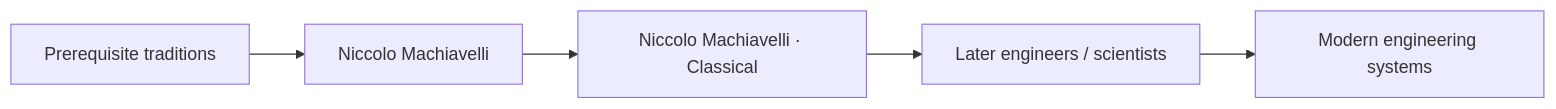
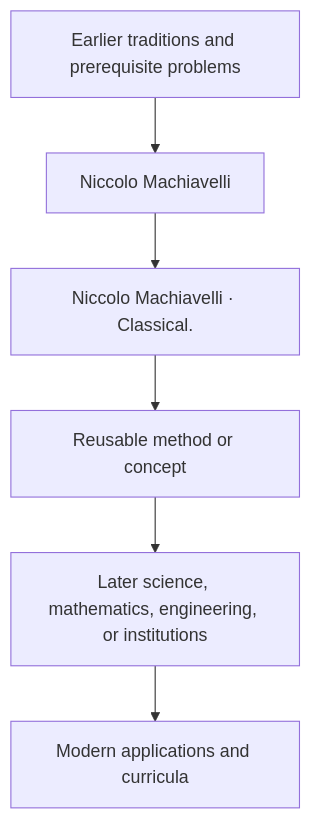
The diagram in docs/history/niccolo-machiavelli/influence.md (via-decide/ViaLogic), drawn with Mermaid before and after one commit. The commit also changed other lines of this file and 858 other files, not shown here.

````diff
--- a/docs/history/niccolo-machiavelli/influence.md
+++ b/docs/history/niccolo-machiavelli/influence.md
@@ -29,7 +16,8 @@
 ```mermaid
-graph LR
-  prerequisites["Prerequisite traditions"] --> current["Niccolo Machiavelli"]
-  current --> contribution["Niccolo Machiavelli · Classical"]
-  contribution --> successors["Later engineers / scientists"]
-  successors --> modern["Modern engineering systems"]
+graph TD
+  Prior[Earlier traditions and prerequisite problems] --> Person[Niccolo Machiavelli]
+  Person --> Contribution[Niccolo Machiavelli · Classical.]
+  Contribution --> Method[Reusable method or concept]
+  Method --> Later[Later science, mathematics, engineering, or institutions]
+  Later --> Modern[Modern applications and curricula]
 ```
````
